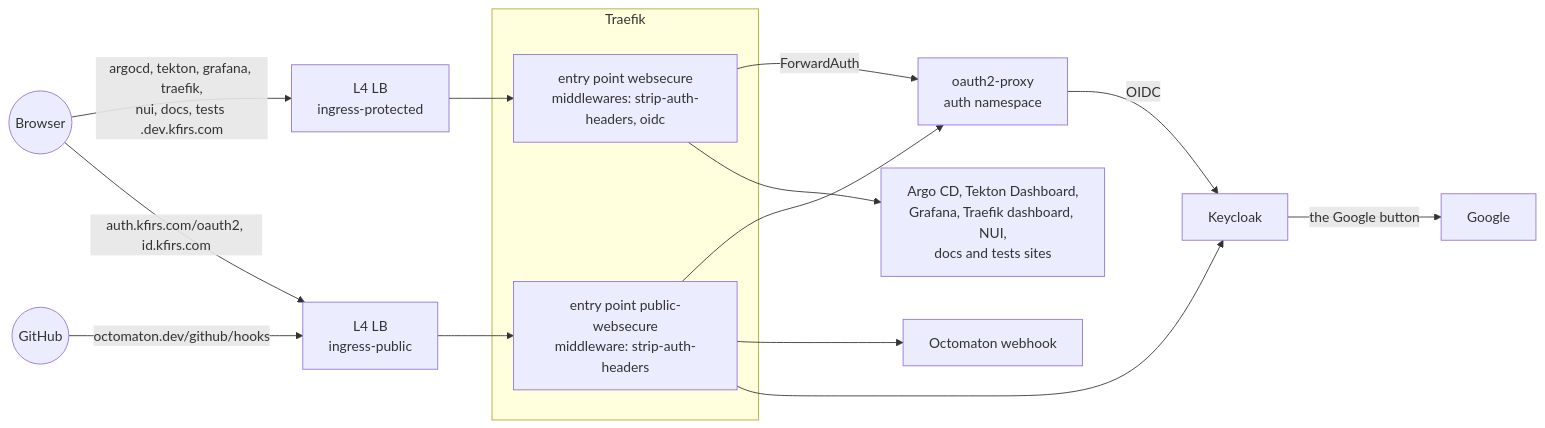
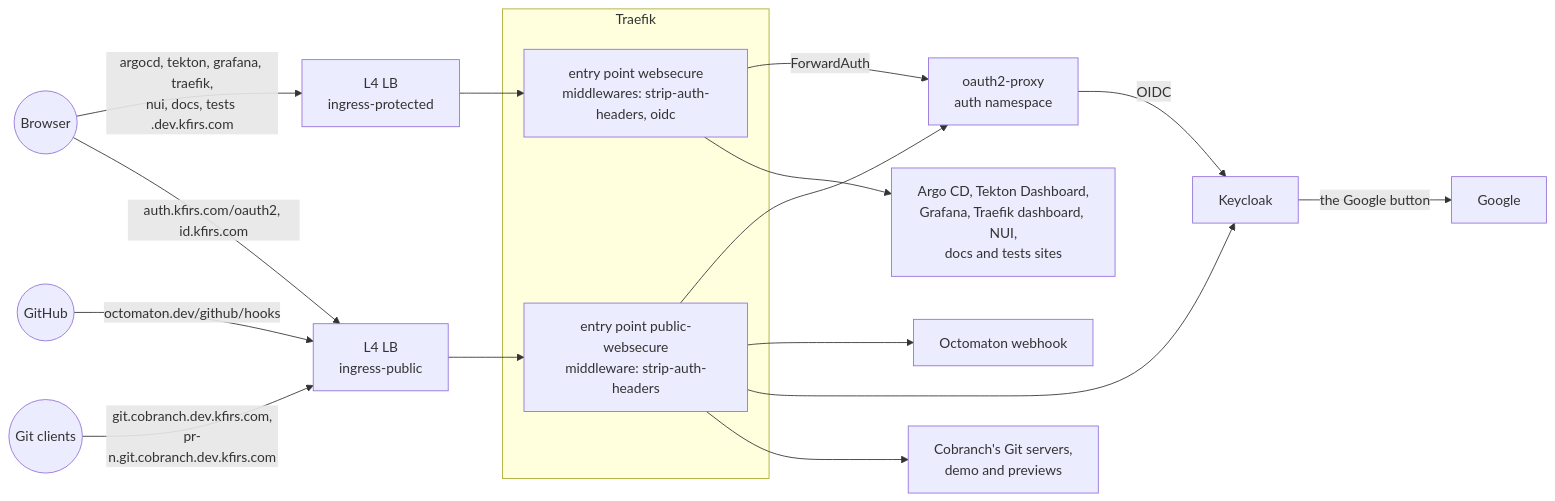
The first of 2 diagrams in docs/delivery/designs/phase-3-ingress-and-auth.md (arikkfir-org/delivery), drawn with Mermaid before and after one commit. The commit also changed other lines of this file and 4 other files, not shown here.

First line of the commit message:
docs(cobranch): describe the public Git path and its workloads

````diff
--- a/docs/delivery/designs/phase-3-ingress-and-auth.md
+++ b/docs/delivery/designs/phase-3-ingress-and-auth.md
@@ -11,19 +11,21 @@
 ```mermaid
 flowchart LR
   U((Browser)) -- "argocd, tekton, grafana, traefik,<br/>nui, docs, tests .dev.kfirs.com" --> P[L4 LB<br/>ingress-protected]
   G((GitHub)) -- octomaton.dev/github/hooks --> Q[L4 LB<br/>ingress-public]
   U -- "auth.kfirs.com/oauth2, id.kfirs.com" --> Q
+  GC((Git clients)) -- "git.cobranch.dev.kfirs.com,<br/>pr-n.git.cobranch.dev.kfirs.com" --> Q
   subgraph traefik[Traefik]
     WS[entry point websecure<br/>middlewares: strip-auth-headers, oidc]
     PW[entry point public-websecure<br/>middleware: strip-auth-headers]
   end
   P --> WS
   Q --> PW
   WS -- ForwardAuth --> O[oauth2-proxy<br/>auth namespace]
   WS --> APPS[Argo CD, Tekton Dashboard,<br/>Grafana, Traefik dashboard, NUI,<br/>docs and tests sites]
   PW --> O
   PW --> SB[Octomaton webhook]
   PW --> K
+  PW --> GS[Cobranch's Git servers,<br/>demo and previews]
   O -- OIDC --> K[Keycloak]
   K -- the Google button --> GO[Google]
 ```
````
